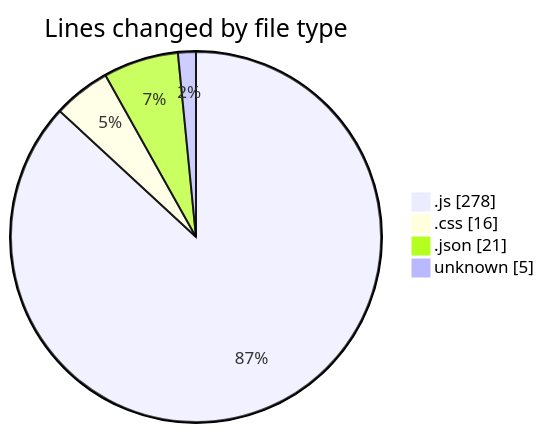
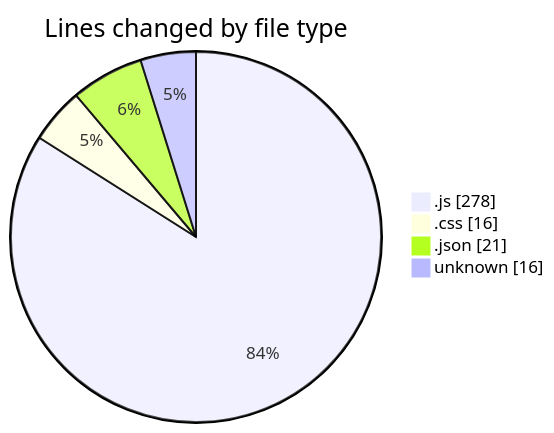
The first of 2 diagrams in 2025-09-17/quytuthien_vn/README.md (lephambinh05/code-tracking), drawn with Mermaid before and after one commit. The commit also changed other lines of this file and 1 other file, not shown here.

````diff
--- a/2025-09-17/quytuthien_vn/README.md
+++ b/2025-09-17/quytuthien_vn/README.md
@@ -28,8 +29,8 @@
 ```mermaid
 pie showData
 title Lines changed by file type
 ".js" : 278
 ".css" : 16
 ".json" : 21
-"unknown" : 5
+"unknown" : 16
 ```
````
